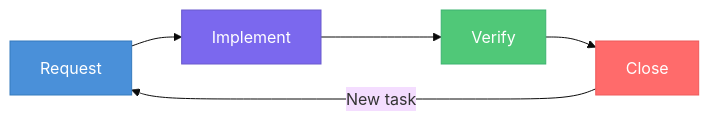
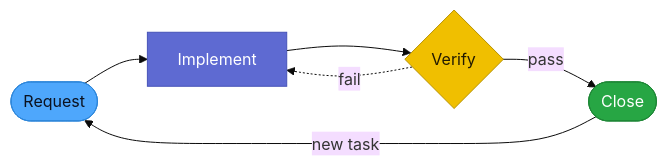
One commit to ao92265/claude-code-playbook changed the first of 9 diagrams in README.md. Above: the diagram before and after it, drawn with Mermaid (base theme). The commit also changed other lines of this file and 2 other files, not shown here.

First line of the commit message:
docs: visual upgrade — branded hero, unified diagram design system (#14)

````diff
--- a/README.md
+++ b/README.md
@@ -39,12 +38,17 @@
 ```mermaid
 graph LR
-    A["Request"] --> B["Implement"]
-    B --> C["Verify"]
-    C --> D["Close"]
-    D -->|"New task"| A
+    A(["Request"]) --> B["Implement"]
+    B --> C{"Verify"}
+    C -->|"pass"| D(["Close"])
+    C -.->|"fail"| B
+    D -->|"new task"| A
 
-    style A fill:#4A90D9,stroke:#357ABD,color:#fff
-    style B fill:#7B68EE,stroke:#6A5ACD,color:#fff
-    style C fill:#50C878,stroke:#3CB371,color:#fff
-    style D fill:#FF6B6B,stroke:#EE5A5A,color:#fff
+    classDef info fill:#4EA7FC,stroke:#2E86D9,color:#0B1220
+    classDef primary fill:#5E6AD2,stroke:#4653B8,color:#FFFFFF
+    classDef warn fill:#F0BF00,stroke:#B89200,color:#221A00
+    classDef success fill:#27A644,stroke:#1F8737,color:#FFFFFF
+    class A info
+    class B primary
+    class C warn
+    class D success
 ```
````
